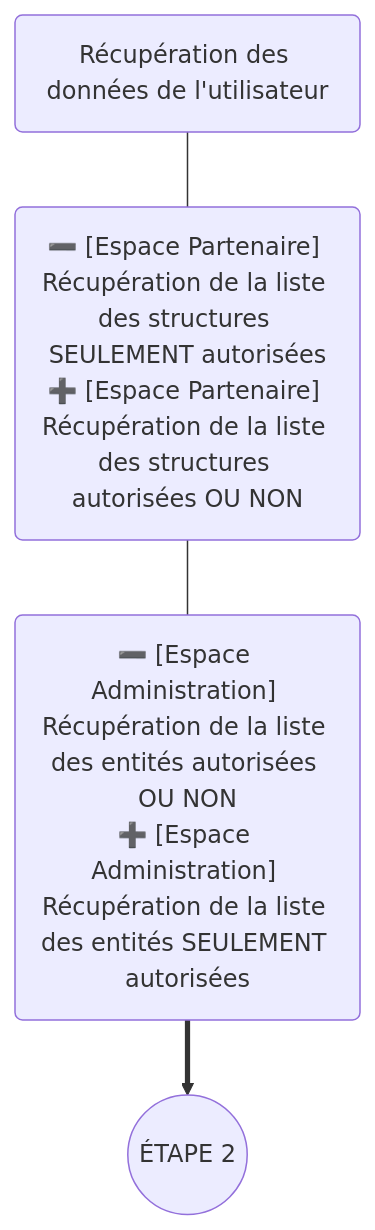
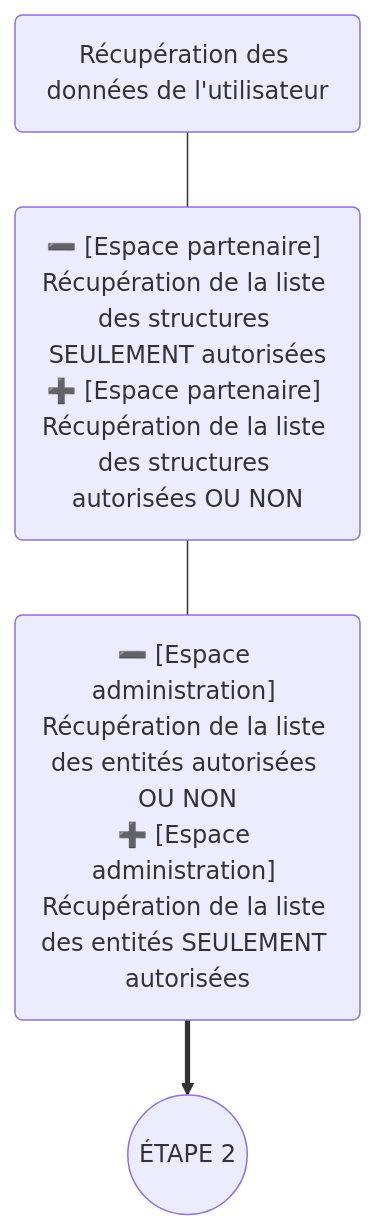
The first of 3 diagrams in pro/src/commons/store/user/README.md (pass-culture/pass-culture-main), drawn with Mermaid before and after one commit. The commit also changed other lines of this file and 11 other files, not shown here.

````diff
--- a/pro/src/commons/store/user/README.md
+++ b/pro/src/commons/store/user/README.md
@@ -20,8 +20,8 @@
 ```mermaid
 flowchart TD
 
 FUNCTION1("Récupération des données de l'utilisateur")
---- FUNCTION2("➖ [Espace Partenaire] Récupération de la liste des structures SEULEMENT autorisées<br>➕ [Espace Partenaire] Récupération de la liste des structures autorisées OU NON")
---- FUNCTION3("➖ [Espace Administration] Récupération de la liste des entités autorisées OU NON<br>➕ [Espace Administration] Récupération de la liste des entités SEULEMENT autorisées")
+--- FUNCTION2("➖ [Espace partenaire] Récupération de la liste des structures SEULEMENT autorisées<br>➕ [Espace partenaire] Récupération de la liste des structures autorisées OU NON")
+--- FUNCTION3("➖ [Espace administration] Récupération de la liste des entités autorisées OU NON<br>➕ [Espace administration] Récupération de la liste des entités SEULEMENT autorisées")
 ==> STEP2(("ÉTAPE 2"))
 ```
````
